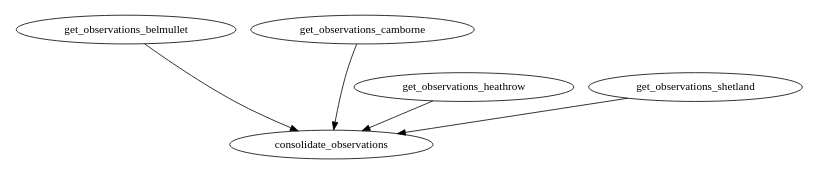
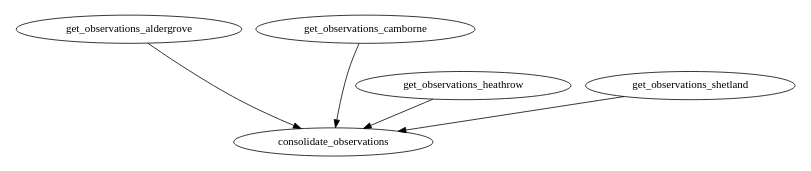
Before and after one commit to cylc/cylc-doc: the first of 5 diagrams in src/tutorial/scheduling/datetime-cycling.rst, drawn with Graphviz. The commit also changed other lines of this file and 5 other files, not shown here.

Commit message:
Refs to Belmullet ⇒ Aldergrove; WMO number 3976 ⇒ 3917

```diff
--- a/src/tutorial/scheduling/datetime-cycling.rst
+++ b/src/tutorial/scheduling/datetime-cycling.rst
@@ -321,14 +321,14 @@
 .. digraph:: example
    :align: center
 
    size = "7,4"
 
-   get_observations_belmullet -> consolidate_observations
+   get_observations_aldergrove -> consolidate_observations
    get_observations_camborne -> consolidate_observations
    get_observations_heathrow -> consolidate_observations
    get_observations_shetland -> consolidate_observations
 
    hidden [style="invis"]
-   get_observations_belmullet -> hidden [style="invis"]
+   get_observations_aldergrove -> hidden [style="invis"]
    get_observations_camborne -> hidden [style="invis"]
    hidden -> consolidate_observations [style="invis"]
```
